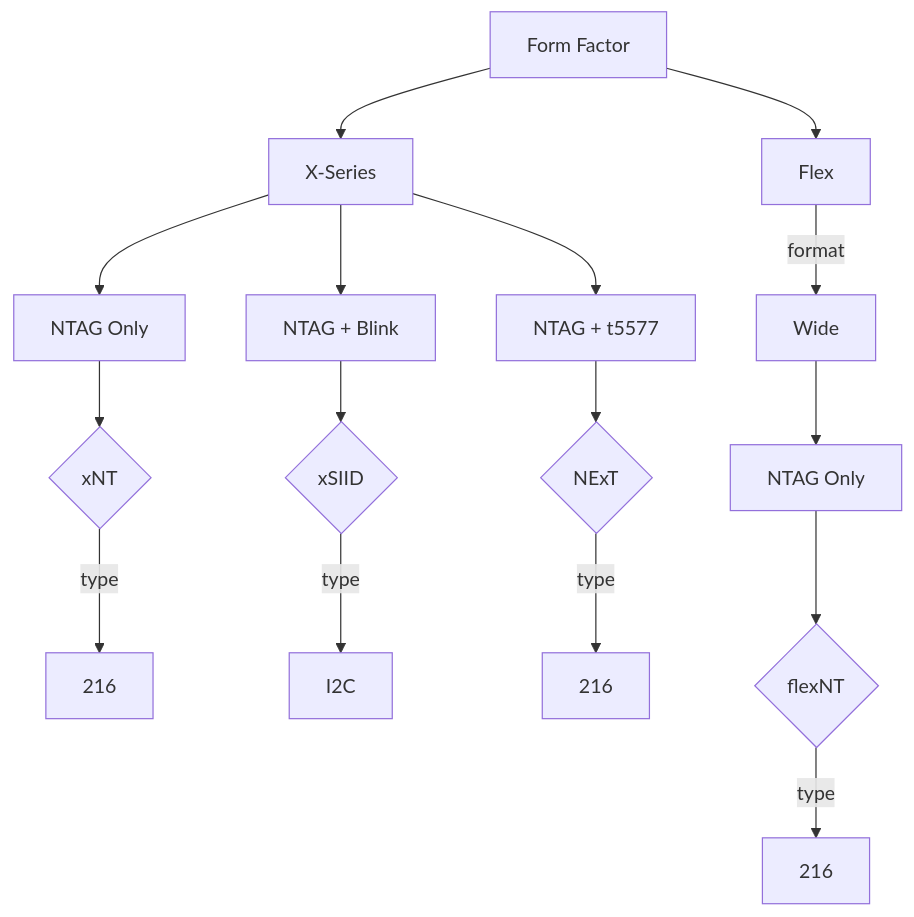
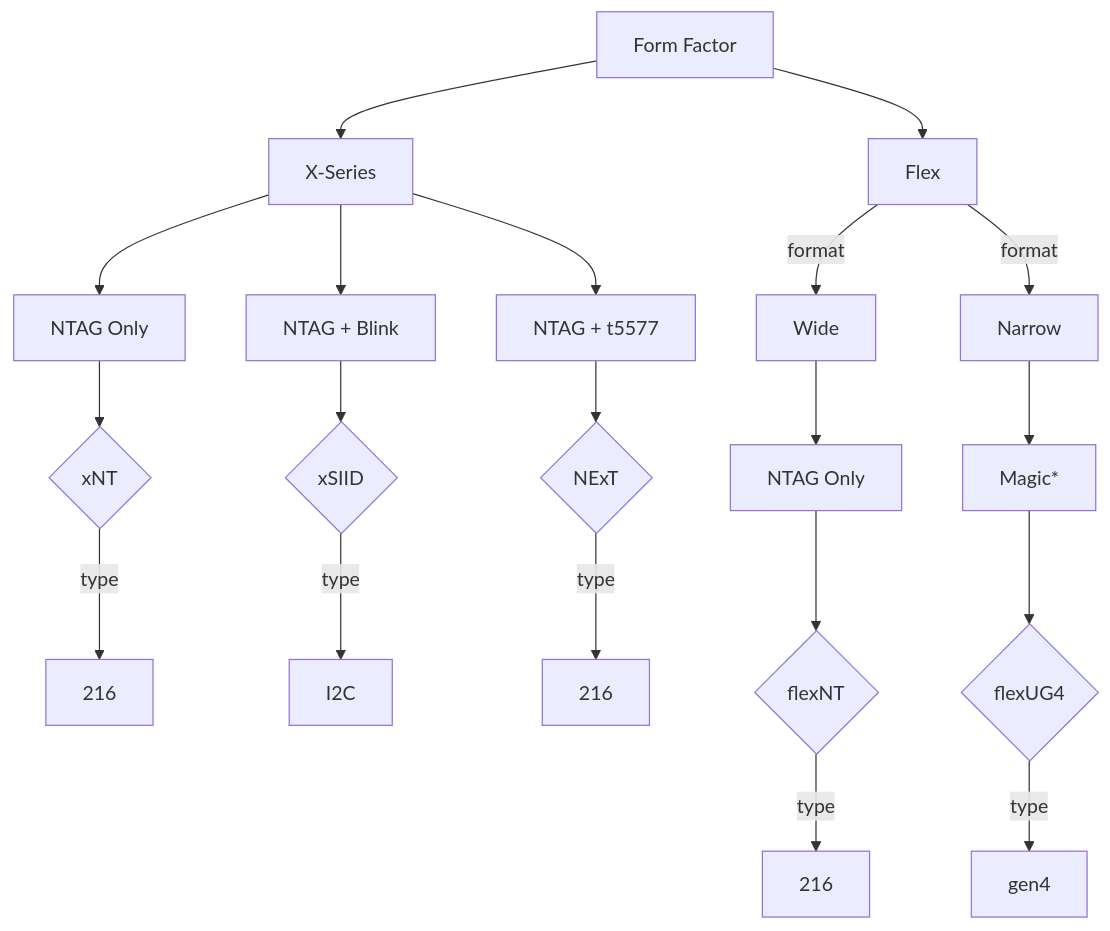
The diagram in NTAG_OPTIONS.md (dangerous-tac0s/pm3_documentation), drawn with Mermaid before and after one commit. The commit also changed other lines of this file, not shown here.

````diff
--- a/NTAG_OPTIONS.md
+++ b/NTAG_OPTIONS.md
@@ -5,16 +5,19 @@
 ```mermaid
   flowchart TD;
       A[Form Factor]--> B[X-Series] & C[Flex];
       B --> B1[NTAG Only] & B2[NTAG + Blink] & B3[NTAG + t5577];
       B1 --> B1.1{xNT};
       B1.1 -- type --> B1.1a[216];
       B2 --> B2.1{xSIID};
       B2.1 -- type --> B2.1a[I2C];
       B3 --> B3.1{NExT};
       B3.1 -- type --> B3.1a[216];
 
-      C -- format --> C1[Wide];
+      C -- format --> C1[Wide] & C2[Narrow];
       C1 --> C1.1[NTAG Only];
       C1.1 --> C1.1a{flexNT};
       C1.1a -- type --> C1.1a_1[216];
+      C2 --> C2.1[Magic*];
+      C2.1 --> C2.1a{flexUG4};
+      C2.1a -- type --> C2.1a_1[gen4];
 ```
````
